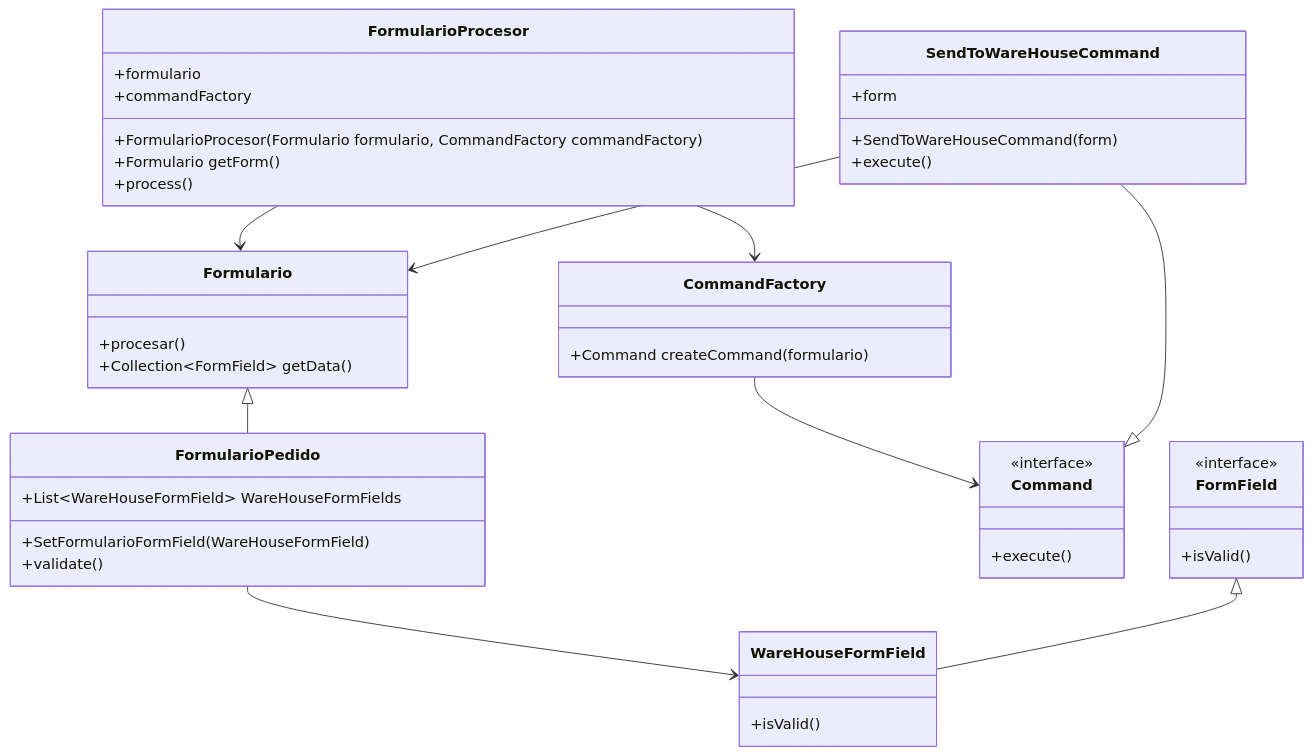
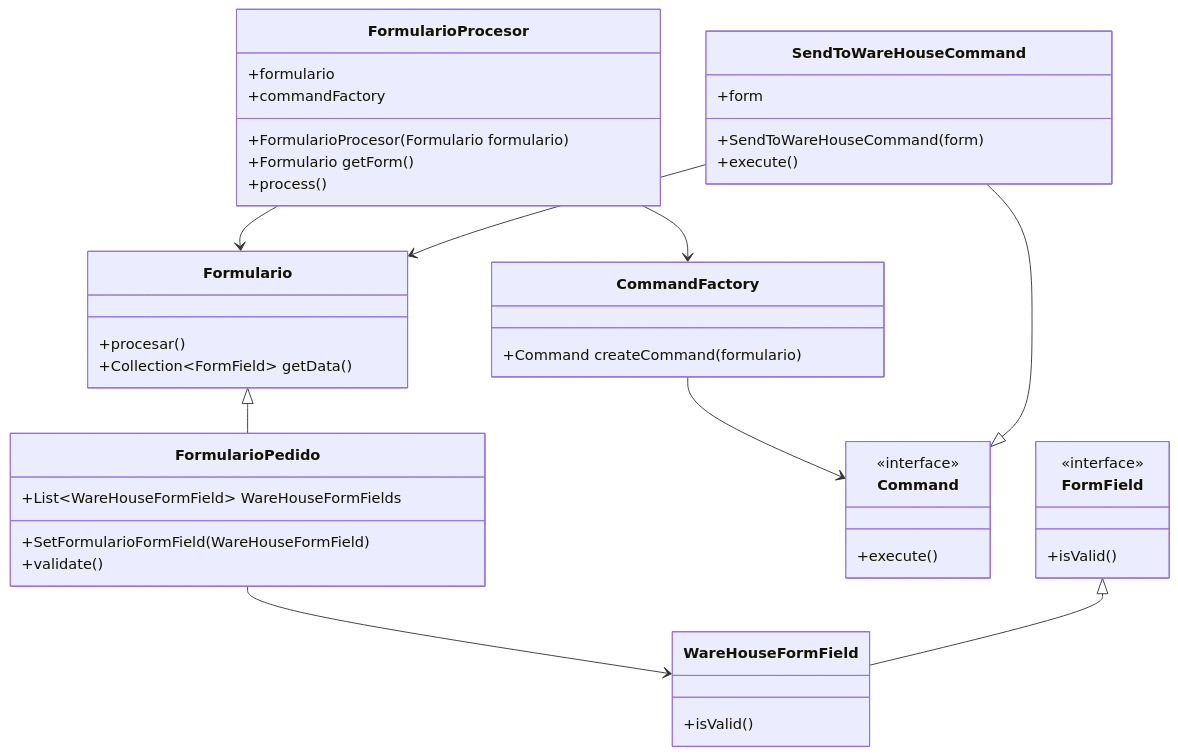
One commit to DavidLuna-coder/dss-ejercicios changed the diagram in Distribuidora/Readme.md. Above: the diagram before and after it, drawn with Mermaid.

````diff
--- a/Distribuidora/Readme.md
+++ b/Distribuidora/Readme.md
@@ -3,47 +3,47 @@
 ```mermaid
 classDiagram
 
 class Formulario
     Formulario: +procesar()
     Formulario: +Collection~FormField~ getData()
 
 class FormularioProcesor
-    FormularioProcesor: +FormularioProcesor(Formulario formulario, CommandFactory commandFactory)
+    FormularioProcesor: +FormularioProcesor(Formulario formulario)
     FormularioProcesor: +formulario
     FormularioProcesor: +commandFactory
     FormularioProcesor: +Formulario getForm()
     FormularioProcesor: +process()
 
 class FormularioPedido
     FormularioPedido: +SetFormularioFormField(WareHouseFormField)
     FormularioPedido: +List~WareHouseFormField~ WareHouseFormFields
     FormularioPedido: +validate()
 
 class Command
     <<interface>> Command
     Command : +execute()
 
 class SendToWareHouseCommand
     SendToWareHouseCommand : +form
     SendToWareHouseCommand: +SendToWareHouseCommand(form)
     SendToWareHouseCommand: +execute()
 class FormField
     <<interface>> FormField
     FormField: +isValid()
 
 class WareHouseFormField
     WareHouseFormField: +isValid()
 
 
 class CommandFactory
     CommandFactory: +Command createCommand(formulario)
 
 FormularioPedido --> WareHouseFormField
 FormularioProcesor --> CommandFactory
 FormularioProcesor --> Formulario
 CommandFactory --> Command
 SendToWareHouseCommand --|>Command
 SendToWareHouseCommand --> Formulario
 FormField <|-- WareHouseFormField
 Formulario <|-- FormularioPedido
 ```
````
